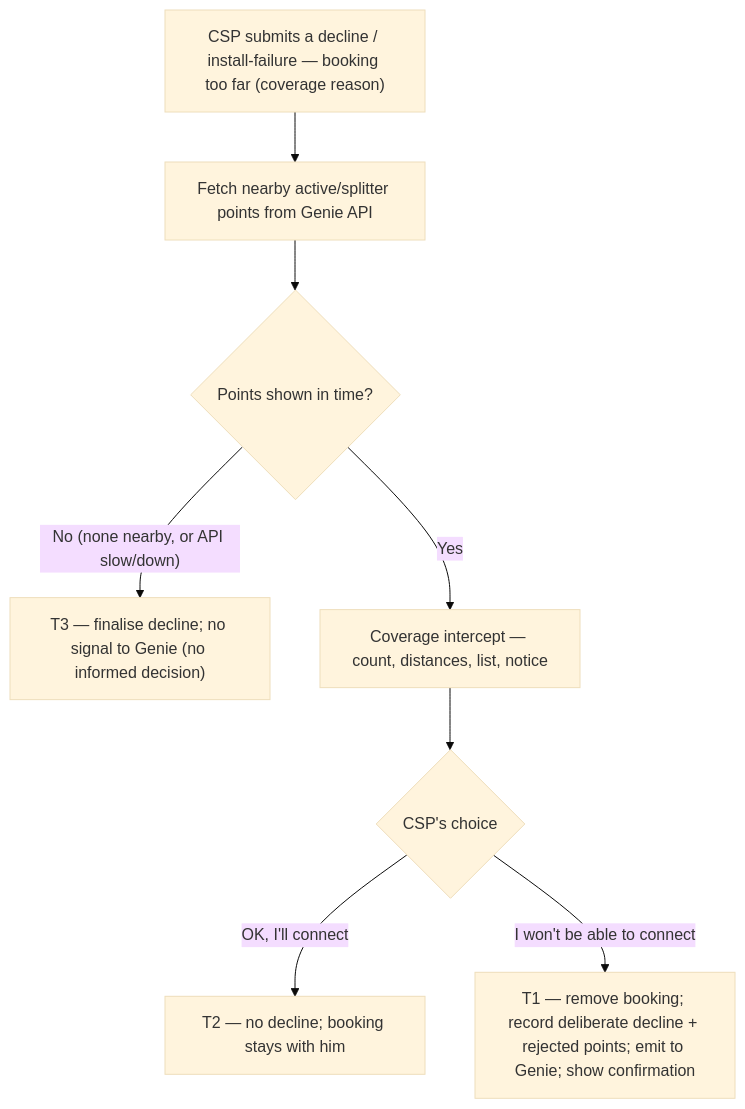
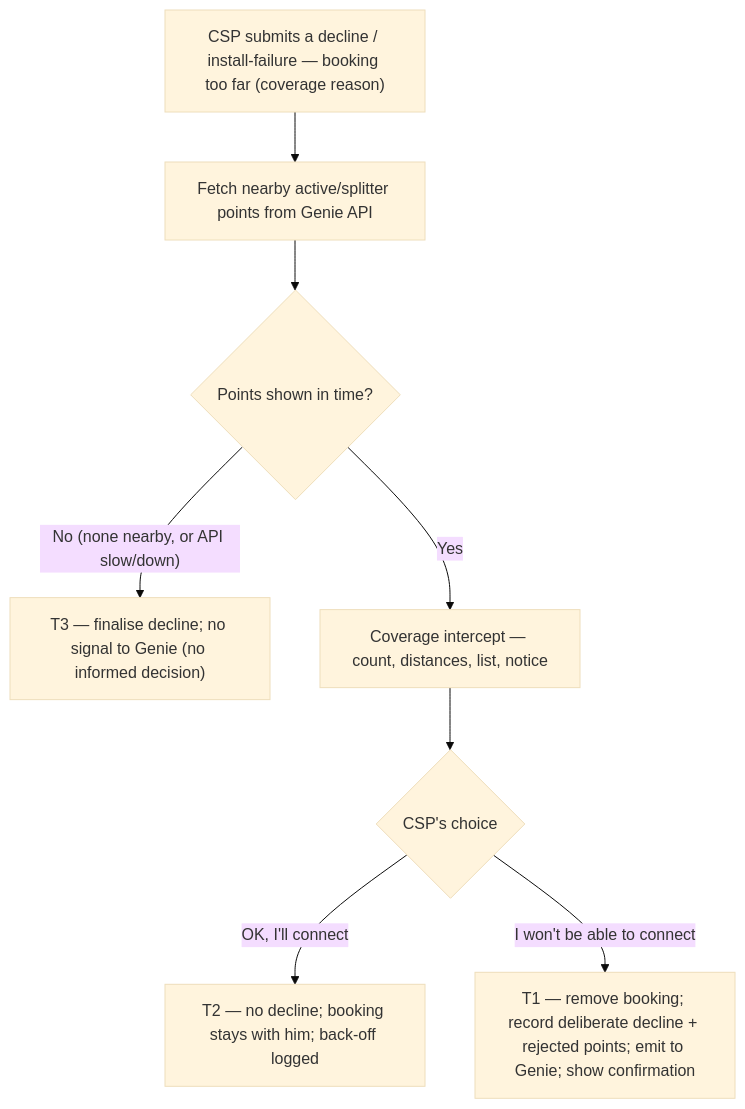
Before and after one commit to ashish-raj-wiom/coverage-decline-assist-prd: the diagram in Coverage_Decline_Assist_PRD.md, drawn with Mermaid (base theme). The commit also changed other lines of this file and 1 other file, not shown here.

Commit message:
G3: back-off records no DECLINE and no signal, but the back-off event IS captured for measurement (MQ-1) — reconcile with the diagnostic metric

````diff
--- a/Coverage_Decline_Assist_PRD.md
+++ b/Coverage_Decline_Assist_PRD.md
@@ -63,10 +63,10 @@
 ```mermaid
 flowchart TD
     A["CSP submits a decline / install-failure — booking too far (coverage reason)"] --> B["Fetch nearby active/splitter points from Genie API"]
     B --> C{"Points shown in time?"}
     C -- "No (none nearby, or API slow/down)" --> T3["T3 — finalise decline; no signal to Genie (no informed decision)"]
     C -- "Yes" --> D["Coverage intercept — count, distances, list, notice"]
     D --> E{"CSP's choice"}
-    E -- "OK, I'll connect" --> T2["T2 — no decline; booking stays with him"]
+    E -- "OK, I'll connect" --> T2["T2 — no decline; booking stays with him; back-off logged"]
     E -- "I won't be able to connect" --> T1["T1 — remove booking; record deliberate decline + rejected points; emit to Genie; show confirmation"]
 ```
````
